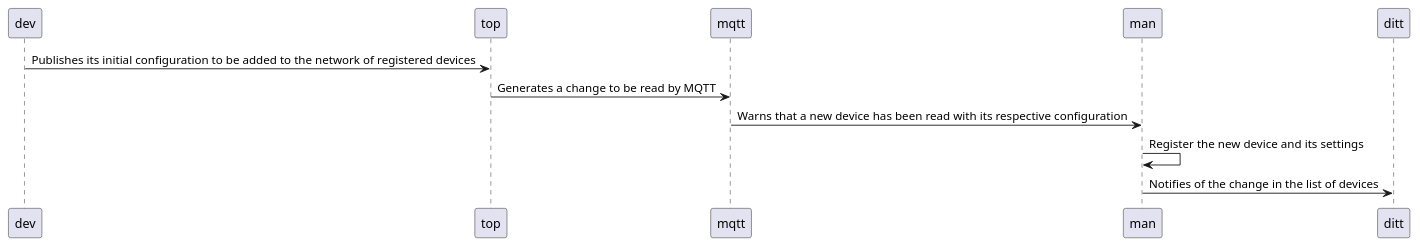
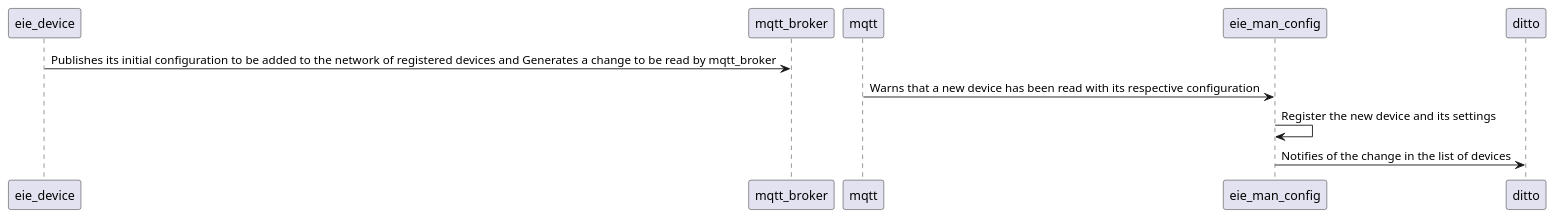
Before and after one commit to robz25/ie0417-dev: the third of 3 diagrams in docs/source/Proyecto/ProyectoFinal/ProyectoFinal.rst, drawn with PlantUML. The commit also changed other lines of this file, not shown here.

Commit message:
Diagramas arreglados

```diff
--- a/docs/source/Proyecto/ProyectoFinal/ProyectoFinal.rst
+++ b/docs/source/Proyecto/ProyectoFinal/ProyectoFinal.rst
@@ -154,18 +152,16 @@
 .. uml::
 
 
    @startuml
 
-  /'entity eie-device as dev
-  entity Topic as top
-  entity MQTT Broker as mqtt
-  entity eie-manager-config as man
-  entity Ditto as ditt'/
+  /'entity eie-device as eie_device
+  entity MQTT Broker as mqtt_broker
+  entity eie-manager-config as eie_man_config
+  entity Ditto as ditto'/
    
-  dev -> top: Publishes its initial configuration to be added to the network of registered devices
-  top -> mqtt: Generates a change to be read by MQTT
-  mqtt -> man: Warns that a new device has been read with its respective configuration
-  man -> man: Register the new device and its settings
-  man -> ditt: Notifies of the change in the list of devices
+  eie_device -> mqtt_broker: Publishes its initial configuration to be added to the network of registered devices and Generates a change to be read by mqtt_broker
+  mqtt -> eie_man_config: Warns that a new device has been read with its respective configuration
+  eie_man_config -> eie_man_config: Register the new device and its settings
+  eie_man_config -> ditto: Notifies of the change in the list of devices
    
   @enduml
```
